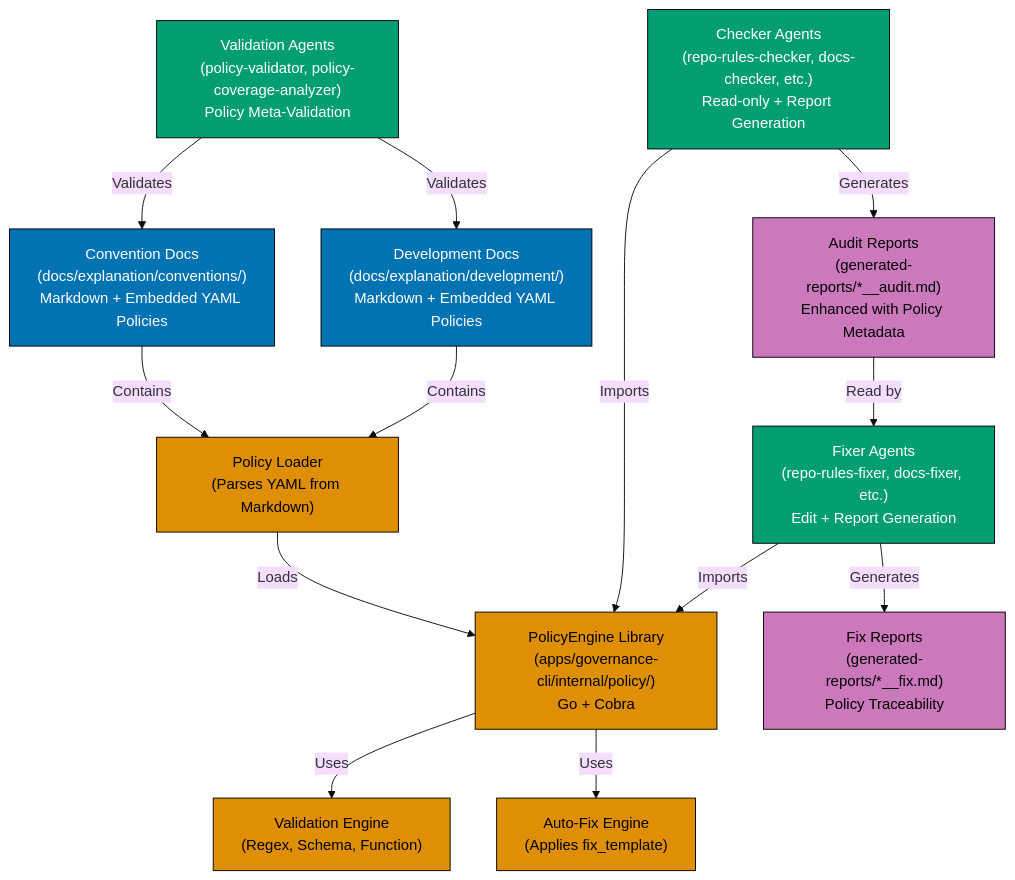
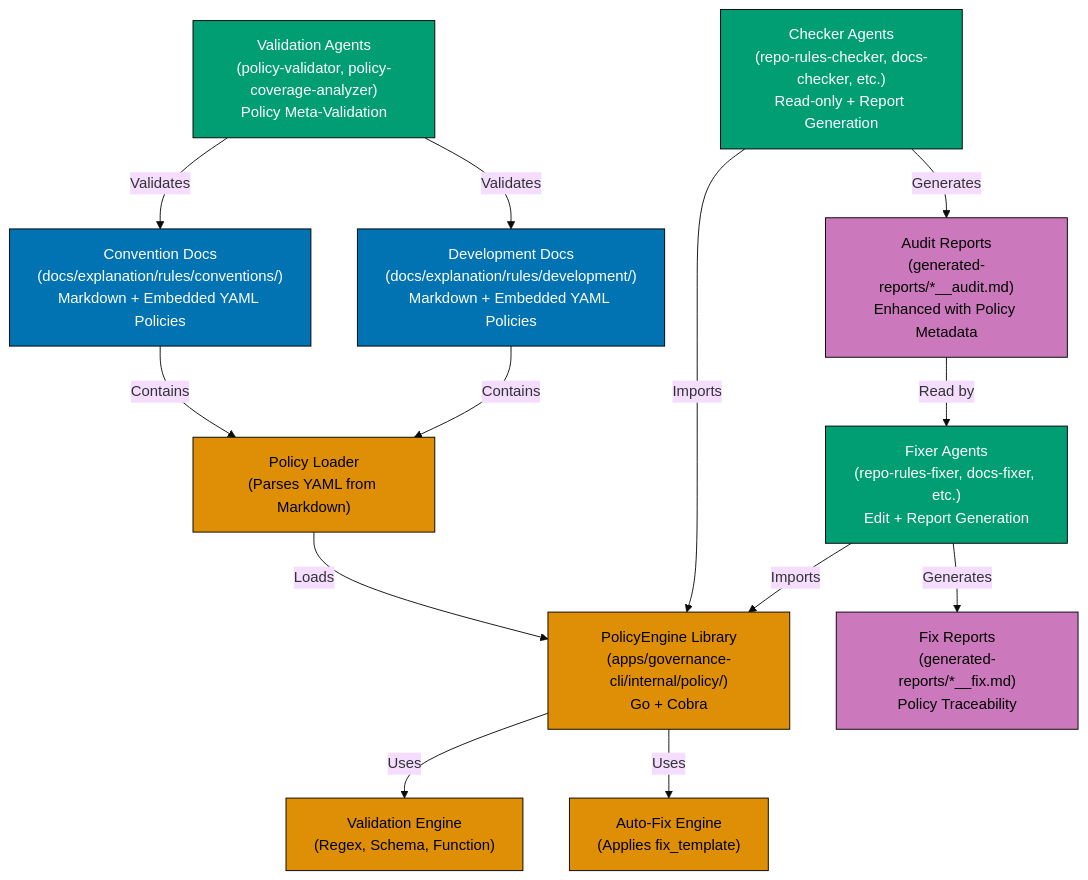
Before and after one commit to wahidyankf/open-sharia-enterprise: the diagram in plans/in-progress/2025-12-25__policy-as-a-code/tech-docs.md, drawn with Mermaid. The commit also changed other lines of this file and 517 other files, not shown here.

````diff
--- a/plans/in-progress/2025-12-25__policy-as-a-code/tech-docs.md
+++ b/plans/in-progress/2025-12-25__policy-as-a-code/tech-docs.md
@@ -1192,51 +1192,51 @@
 ```mermaid
 %%{init: {'theme': 'base', 'themeVariables': { 'fontSize': '16px'}}}%%
 graph TB
     %% Storage Layer
-    ConvDocs["Convention Docs<br/>(docs/explanation/conventions/)<br/>Markdown + Embedded YAML Policies"]
-    DevDocs["Development Docs<br/>(docs/explanation/development/)<br/>Markdown + Embedded YAML Policies"]
+    ConvDocs["Convention Docs<br/>(docs/explanation/rules/conventions/)<br/>Markdown + Embedded YAML Policies"]
+    DevDocs["Development Docs<br/>(docs/explanation/rules/development/)<br/>Markdown + Embedded YAML Policies"]
 
     %% Policy Engine
     PolicyEngine["PolicyEngine Library<br/>(apps/governance-cli/internal/policy/)<br/>Go + Cobra"]
     PolicyLoader["Policy Loader<br/>(Parses YAML from Markdown)"]
     Validator["Validation Engine<br/>(Regex, Schema, Function)"]
     AutoFixer["Auto-Fix Engine<br/>(Applies fix_template)"]
 
     %% Agents
     Checkers["Checker Agents<br/>(repo-rules-checker, docs-checker, etc.)<br/>Read-only + Report Generation"]
     Fixers["Fixer Agents<br/>(repo-rules-fixer, docs-fixer, etc.)<br/>Edit + Report Generation"]
     Validators["Validation Agents<br/>(policy-validator, policy-coverage-analyzer)<br/>Policy Meta-Validation"]
 
     %% Reports
     AuditReports["Audit Reports<br/>(generated-reports/*__audit.md)<br/>Enhanced with Policy Metadata"]
     FixReports["Fix Reports<br/>(generated-reports/*__fix.md)<br/>Policy Traceability"]
 
     %% Relationships
     ConvDocs -->|Contains| PolicyLoader
     DevDocs -->|Contains| PolicyLoader
 
     PolicyLoader -->|Loads| PolicyEngine
     PolicyEngine -->|Uses| Validator
     PolicyEngine -->|Uses| AutoFixer
 
     Checkers -->|Imports| PolicyEngine
     Fixers -->|Imports| PolicyEngine
     Validators -->|Validates| ConvDocs
     Validators -->|Validates| DevDocs
 
     Checkers -->|Generates| AuditReports
     Fixers -->|Generates| FixReports
 
     AuditReports -->|Read by| Fixers
 
     %% Styling
     classDef storage fill:#0173B2,stroke:#000,color:#fff
     classDef engine fill:#DE8F05,stroke:#000,color:#000
     classDef agent fill:#029E73,stroke:#000,color:#fff
     classDef report fill:#CC78BC,stroke:#000,color:#000
 
     class ConvDocs,DevDocs storage
     class PolicyEngine,PolicyLoader,Validator,AutoFixer engine
     class Checkers,Fixers,Validators agent
     class AuditReports,FixReports report
 ```
````
